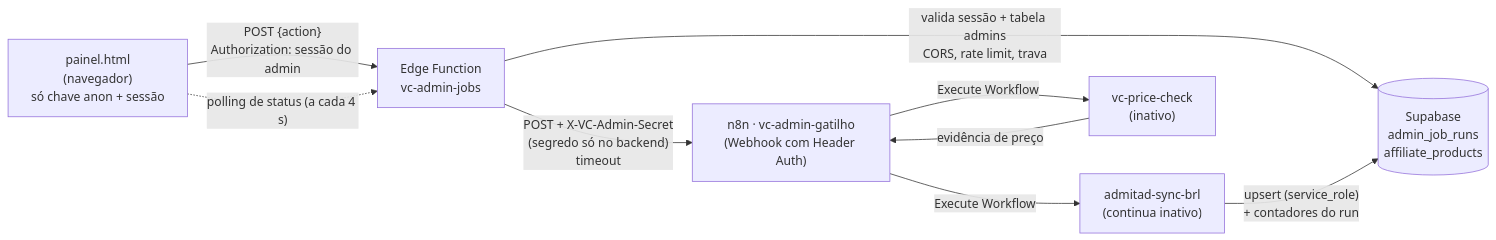
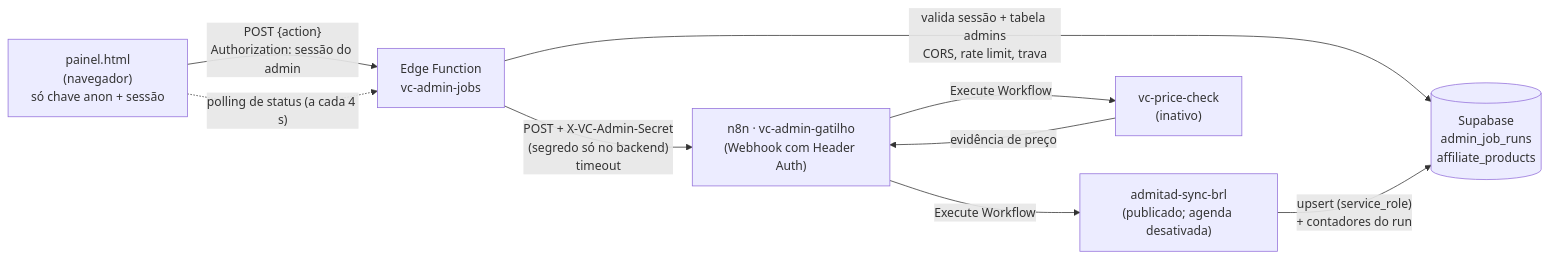
The diagram in docs/vc-admin-jobs.md (tiktokvyny-creator/vitrine-certa), drawn with Mermaid before and after one commit. The commit also changed other lines of this file, not shown here.

````diff
--- a/docs/vc-admin-jobs.md
+++ b/docs/vc-admin-jobs.md
@@ -5,11 +5,11 @@
 ```mermaid
 flowchart LR
   A["painel.html<br/>(navegador)<br/>só chave anon + sessão"] -- "POST {action}<br/>Authorization: sessão do admin" --> B["Edge Function<br/>vc-admin-jobs"]
   B -- "valida sessão + tabela admins<br/>CORS, rate limit, trava" --> D[("Supabase<br/>admin_job_runs<br/>affiliate_products")]
   B -- "POST + X-VC-Admin-Secret<br/>(segredo só no backend)<br/>timeout" --> C["n8n · vc-admin-gatilho<br/>(Webhook com Header Auth)"]
-  C -- "Execute Workflow" --> E["admitad-sync-brl<br/>(continua inativo)"]
+  C -- "Execute Workflow" --> E["admitad-sync-brl<br/>(publicado; agenda desativada)"]
   C -- "Execute Workflow" --> F["vc-price-check<br/>(inativo)"]
   E -- "upsert (service_role)<br/>+ contadores do run" --> D
   F -- "evidência de preço" --> C
   A -. "polling de status (a cada 4 s)" .-> B
 ```
````
